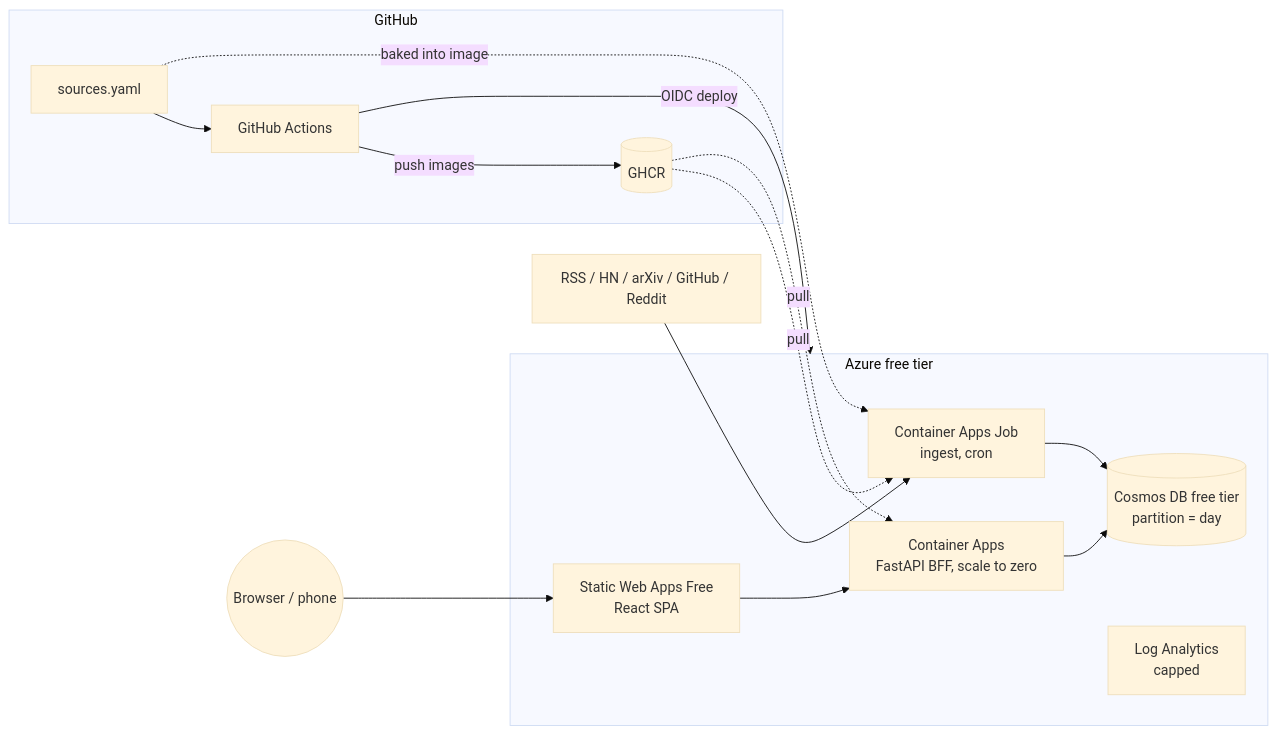
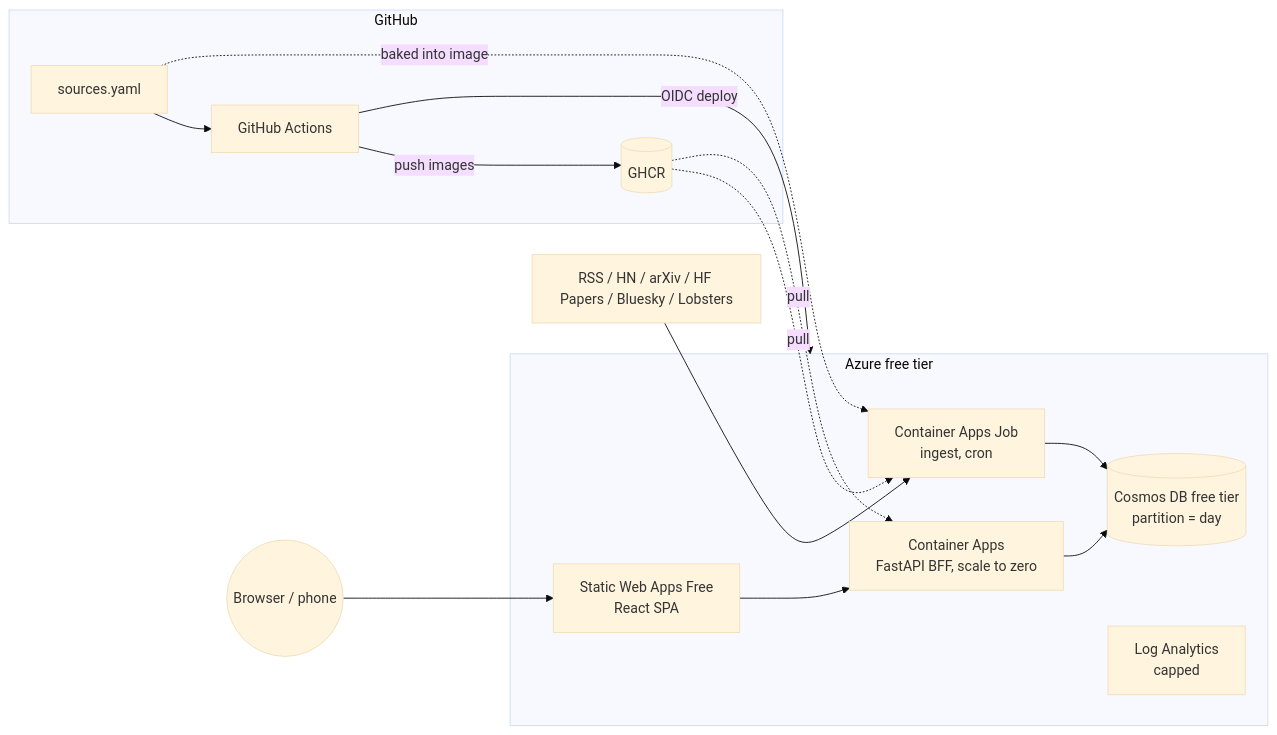
One commit to chrisabbotthauxwell/ai-daily-digest changed the diagram in README.md. Above: the diagram before and after it, drawn with Mermaid (base theme). The commit also changed other lines of this file and 7 other files, not shown here.

````diff
--- a/README.md
+++ b/README.md
@@ -25,19 +25,19 @@
 ```mermaid
 flowchart LR
   subgraph GitHub
     SRC[sources.yaml] --> GHA[GitHub Actions]
     GHA -->|push images| GHCR[(GHCR)]
   end
   GHA -->|OIDC deploy| Azure
   subgraph Azure[Azure free tier]
     JOB[Container Apps Job<br/>ingest, cron] --> COSMOS[(Cosmos DB free tier<br/>partition = day)]
     API[Container Apps<br/>FastAPI BFF, scale to zero] --> COSMOS
     SWA[Static Web Apps Free<br/>React SPA]
     LOG[Log Analytics<br/>capped]
   end
   GHCR -.pull.-> JOB
   GHCR -.pull.-> API
   SRC -.baked into image.-> JOB
-  Ext[RSS / HN / arXiv / GitHub / Reddit] --> JOB
+  Ext[RSS / HN / arXiv / HF Papers / Bluesky / Lobsters] --> JOB
   User((Browser / phone)) --> SWA --> API
 ```
````
